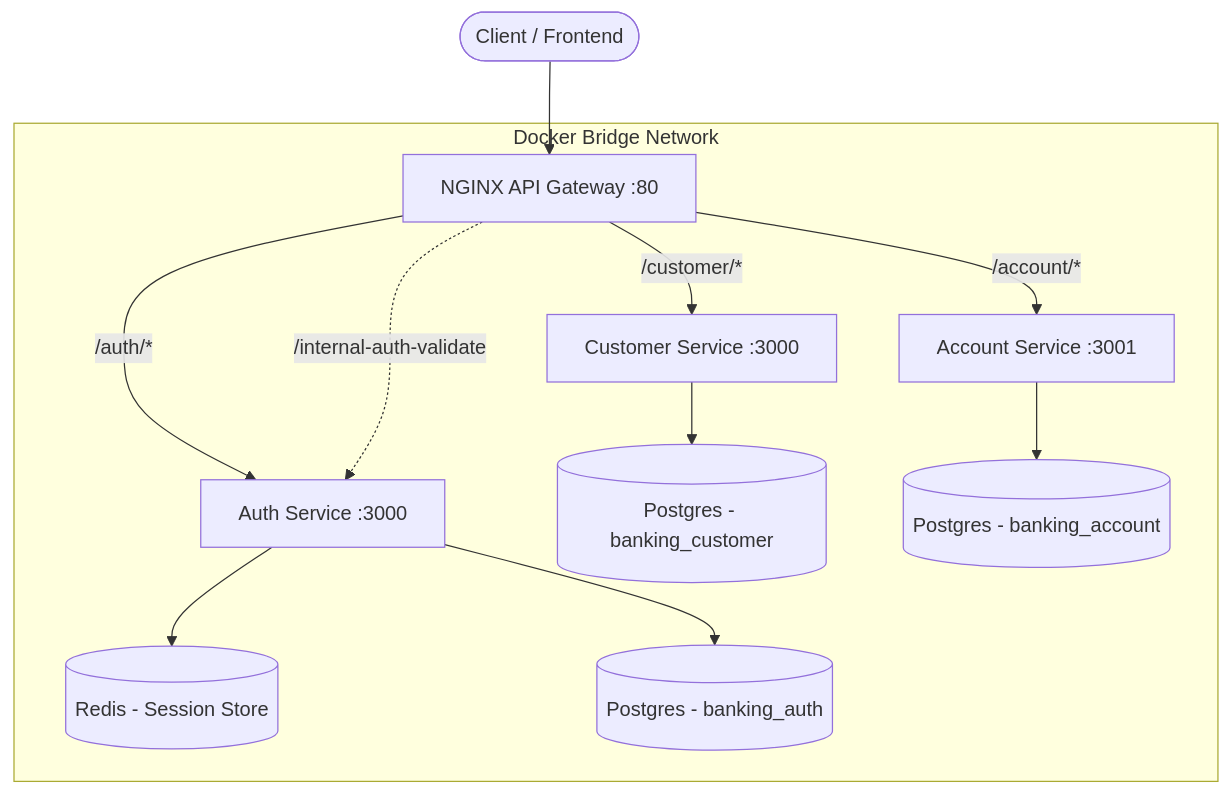
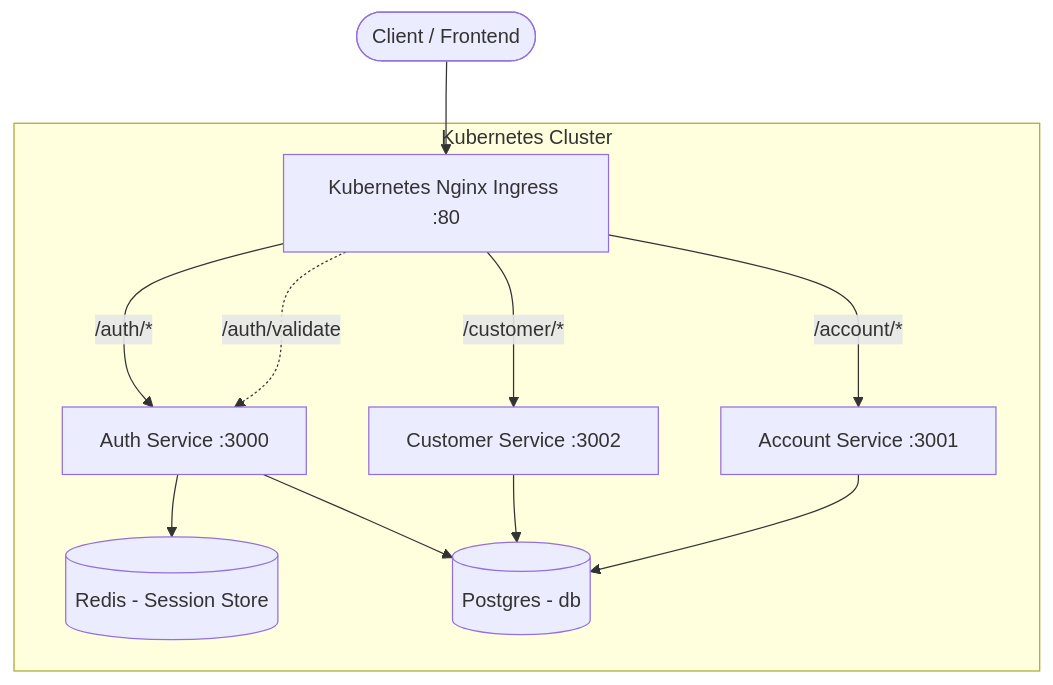
The first of 3 diagrams in ARCHITECTURE.md (maniR1990/BANKING-APP), drawn with Mermaid before and after one commit. The commit also changed other lines of this file and 7 other files, not shown here.

First line of the commit message:
docs: update markdown files to reflect current k8s architecture and missing components

````diff
--- a/ARCHITECTURE.md
+++ b/ARCHITECTURE.md
@@ -13,19 +13,19 @@
 ```mermaid
 graph TD
-    Client([Client / Frontend]) --> Nginx[NGINX API Gateway :80]
+    Client([Client / Frontend]) --> Ingress[Kubernetes Nginx Ingress :80]
 
-    subgraph "Docker Bridge Network"
-        Nginx -->|"/auth/*"| Auth[Auth Service :3000]
-        Nginx -->|"/customer/*"| Customer[Customer Service :3000]
-        Nginx -->|"/account/*"| Account[Account Service :3001]
+    subgraph "Kubernetes Cluster"
+        Ingress -->|"/auth/*"| Auth[Auth Service :3000]
+        Ingress -->|"/customer/*"| Customer[Customer Service :3002]
+        Ingress -->|"/account/*"| Account[Account Service :3001]
 
         %% Internal Auth Check
-        Nginx -..->|"/internal-auth-validate"| Auth
+        Ingress -..->|"/auth/validate"| Auth
 
         %% Databases
         Auth --> Redis[(Redis - Session Store)]
-        Auth --> PostgresDB[(Postgres - banking_auth)]
-        Customer --> PostgresDB2[(Postgres - banking_customer)]
-        Account --> PostgresDB3[(Postgres - banking_account)]
+        Auth --> PostgresDB[(Postgres - db)]
+        Customer --> PostgresDB
+        Account --> PostgresDB
     end
 ```
````
